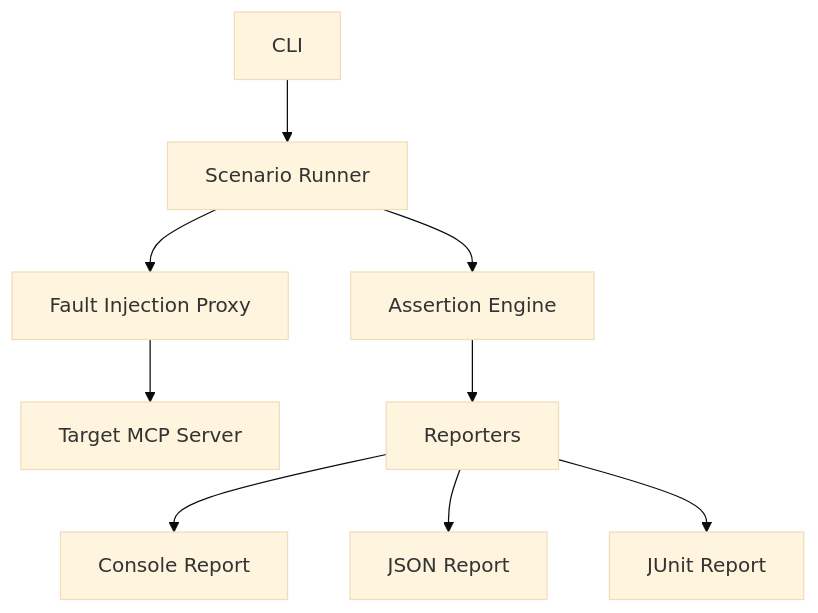
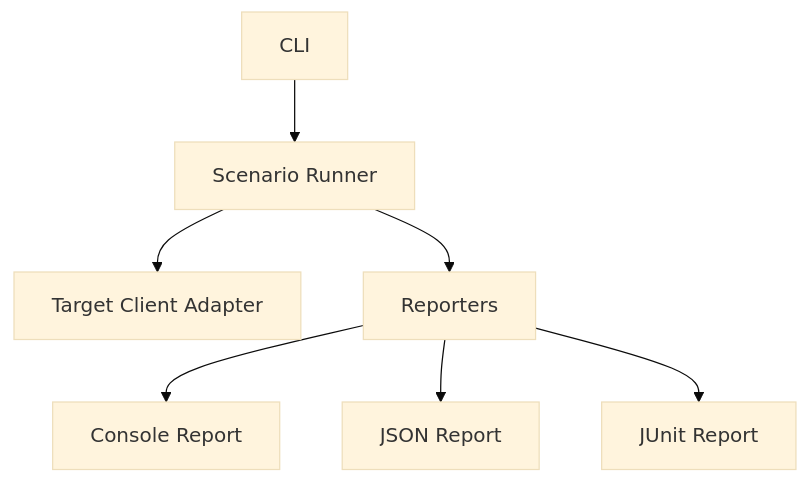
The third of 3 diagrams in README.md (anilloutombam/mcp-failure-lab), drawn with Mermaid (base theme) before and after one commit. The commit also changed other lines of this file and 2 other files, not shown here.

Commit message:
feat: add scenario runner and timeout assertions

````diff
--- a/README.md
+++ b/README.md
@@ -76,11 +101,9 @@
 ```mermaid
 graph TD
     CLI[CLI] --> Runner[Scenario Runner]
-    Runner --> Proxy[Fault Injection Proxy]
-    Proxy --> Target[Target MCP Server]
-    Runner --> Assertions[Assertion Engine]
-    Assertions --> Reporters[Reporters]
+    Runner --> Adapter[Target Client Adapter]
+    Runner --> Reporters[Reporters]
     Reporters --> ConsoleReport[Console Report]
     Reporters --> JsonReport[JSON Report]
     Reporters --> JunitReport[JUnit Report]
 ```
````
